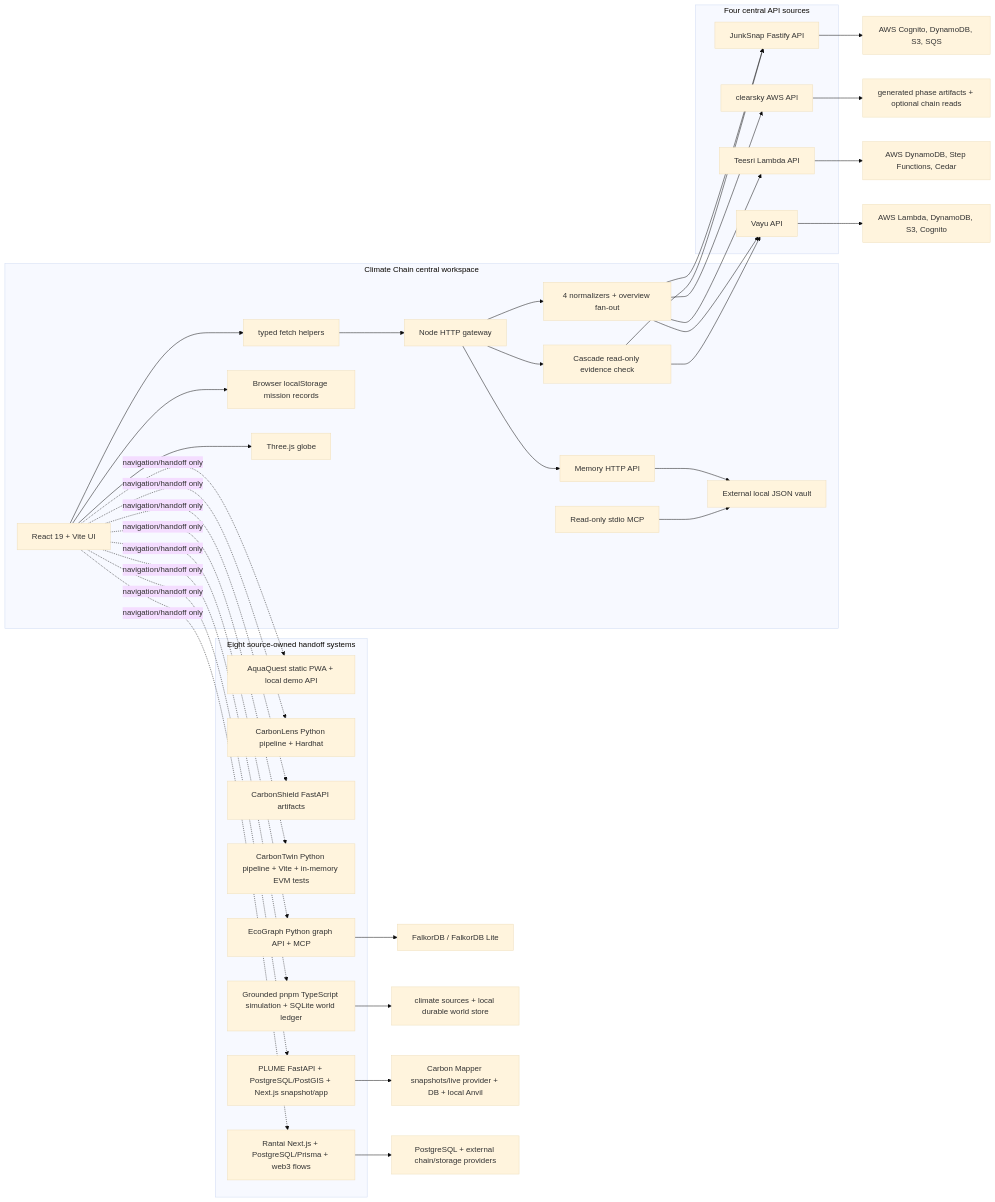
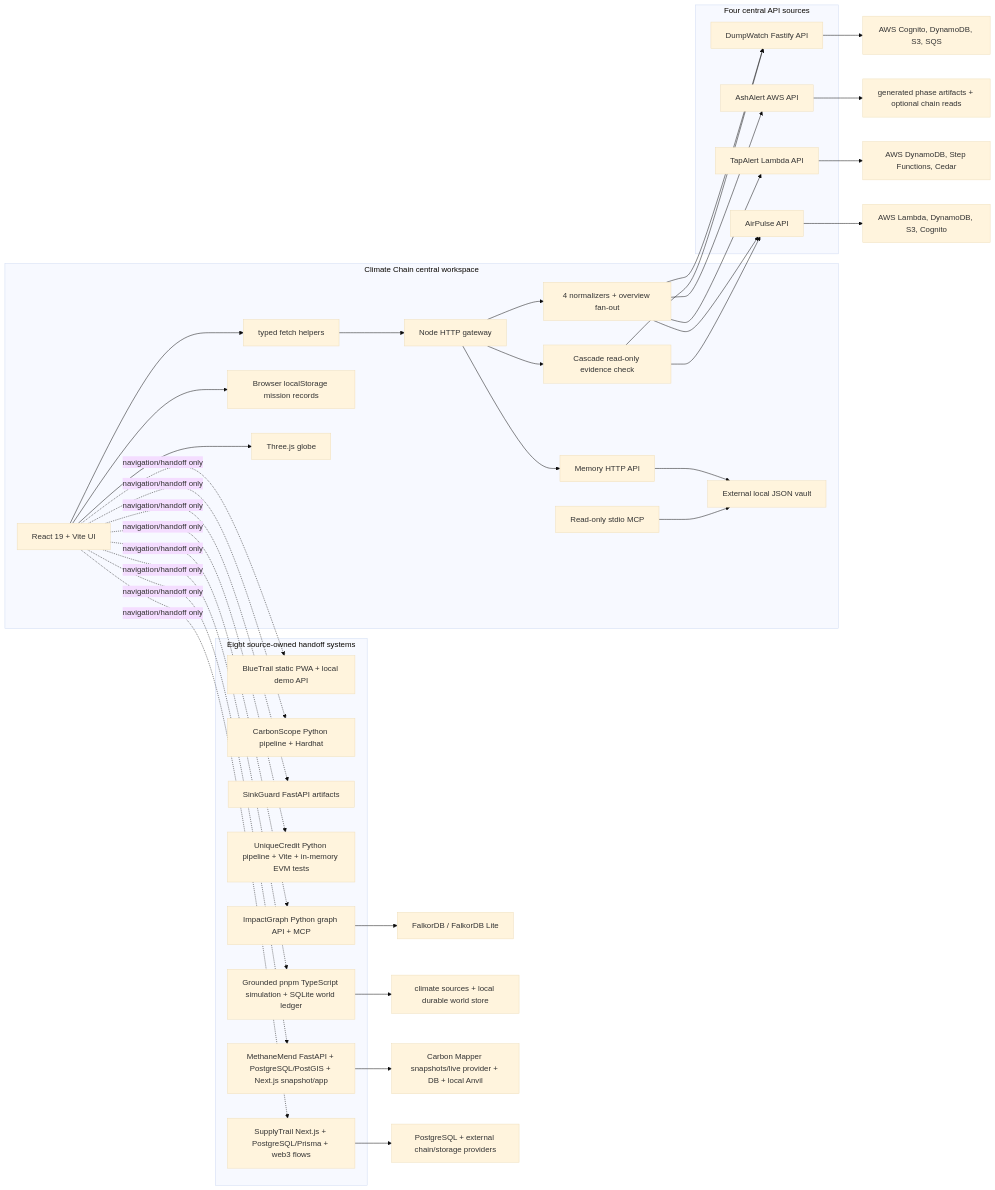
Before and after one commit to victrvondoom/CLIMATE-CHAIN: the second of 2 diagrams in climate-chain/docs/workspace/GENESIS_ARCHITECTURE.md, drawn with Mermaid (base theme). The commit also changed other lines of this file and 181 other files, not shown here.

```diff
--- a/climate-chain/docs/workspace/GENESIS_ARCHITECTURE.md
+++ b/climate-chain/docs/workspace/GENESIS_ARCHITECTURE.md
@@ -62,63 +62,63 @@
 ~~~mermaid
 flowchart LR
   subgraph CC[Climate Chain central workspace]
     UI[React 19 + Vite UI]
     API[typed fetch helpers]
     GW[Node HTTP gateway]
     NORM[4 normalizers + overview fan-out]
     CAS[Cascade read-only evidence check]
     MEM[Memory HTTP API]
     MCP[Read-only stdio MCP]
     VAULT[External local JSON vault]
     MISSION[Browser localStorage mission records]
     GLOBE[Three.js globe]
     UI --> API --> GW
     UI --> MISSION
     UI --> GLOBE
     GW --> NORM
     GW --> CAS
     GW --> MEM --> VAULT
     MCP --> VAULT
   end
 
   subgraph Connected[Four central API sources]
-    JS[JunkSnap Fastify API]
-    CS[clearsky AWS API]
-    TS[Teesri Lambda API]
-    VY[Vayu API]
+    JS[DumpWatch Fastify API]
+    CS[AshAlert AWS API]
+    TS[TapAlert Lambda API]
+    VY[AirPulse API]
   end
   NORM --> JS
   NORM --> CS
   NORM --> TS
   NORM --> VY
   CAS --> JS
   CAS --> VY
 
   subgraph Specialist[Eight source-owned handoff systems]
-    AQ[AquaQuest static PWA + local demo API]
-    CL[CarbonLens Python pipeline + Hardhat]
-    SH[CarbonShield FastAPI artifacts]
-    CT[CarbonTwin Python pipeline + Vite + in-memory EVM tests]
-    EG[EcoGraph Python graph API + MCP]
+    AQ[BlueTrail static PWA + local demo API]
+    CL[CarbonScope Python pipeline + Hardhat]
+    SH[SinkGuard FastAPI artifacts]
+    CT[UniqueCredit Python pipeline + Vite + in-memory EVM tests]
+    EG[ImpactGraph Python graph API + MCP]
     GR[Grounded pnpm TypeScript simulation + SQLite world ledger]
-    PL[PLUME FastAPI + PostgreSQL/PostGIS + Next.js snapshot/app]
-    R3[Rantai Next.js + PostgreSQL/Prisma + web3 flows]
+    PL[MethaneMend FastAPI + PostgreSQL/PostGIS + Next.js snapshot/app]
+    R3[SupplyTrail Next.js + PostgreSQL/Prisma + web3 flows]
   end
   UI -. navigation/handoff only .-> AQ
   UI -. navigation/handoff only .-> CL
   UI -. navigation/handoff only .-> SH
   UI -. navigation/handoff only .-> CT
   UI -. navigation/handoff only .-> EG
   UI -. navigation/handoff only .-> GR
   UI -. navigation/handoff only .-> PL
   UI -. navigation/handoff only .-> R3
 
   JS --> JSAWS[AWS Cognito, DynamoDB, S3, SQS]
   CS --> CSDATA[generated phase artifacts + optional chain reads]
   TS --> TSAWS[AWS DynamoDB, Step Functions, Cedar]
   VY --> VYAWS[AWS Lambda, DynamoDB, S3, Cognito]
   EG --> EGDB[FalkorDB / FalkorDB Lite]
   GR --> GRDATA[climate sources + local durable world store]
   PL --> PLDATA[Carbon Mapper snapshots/live provider + DB + local Anvil]
   R3 --> R3DATA[PostgreSQL + external chain/storage providers]
 ~~~
```
